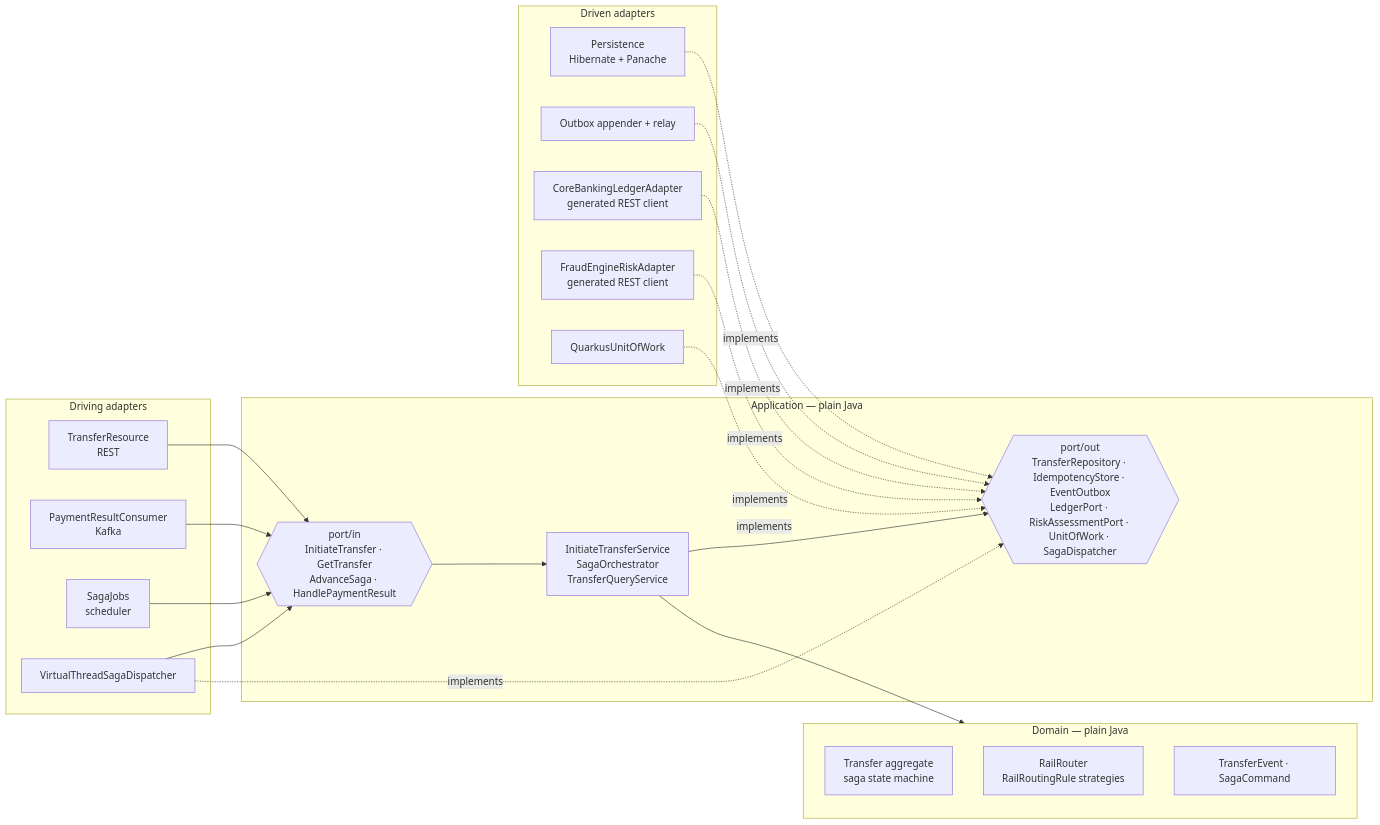
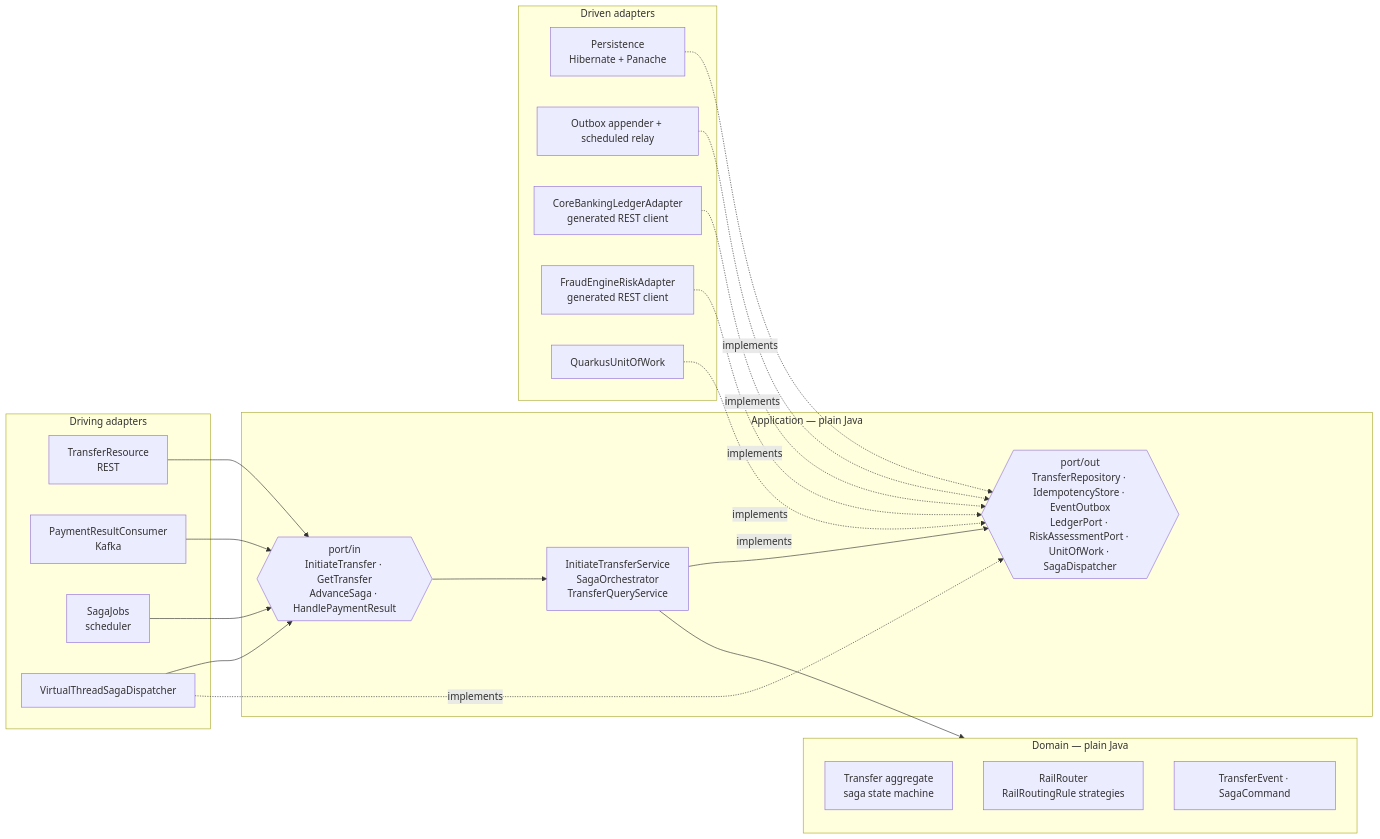
One commit to bsmm1995/transferencias-saga changed the third of 5 diagrams in docs/architecture.md. Above: the diagram before and after it, drawn with Mermaid. The commit also changed other lines of this file and 57 other files, not shown here.

````diff
--- a/docs/architecture.md
+++ b/docs/architecture.md
@@ -72,38 +72,38 @@
 ```mermaid
 flowchart LR
     subgraph in [Driving adapters]
         rest[TransferResource<br/>REST]
         consumer[PaymentResultConsumer<br/>Kafka]
         jobs[SagaJobs<br/>scheduler]
         dispatcher[VirtualThreadSagaDispatcher]
     end
     subgraph app [Application — plain Java]
         pin{{port/in<br/>InitiateTransfer · GetTransfer<br/>AdvanceSaga · HandlePaymentResult}}
         svc[InitiateTransferService<br/>SagaOrchestrator<br/>TransferQueryService]
         pout{{port/out<br/>TransferRepository · IdempotencyStore · EventOutbox<br/>LedgerPort · RiskAssessmentPort · UnitOfWork · SagaDispatcher}}
     end
     subgraph dom [Domain — plain Java]
         transfer[Transfer aggregate<br/>saga state machine]
         router[RailRouter<br/>RailRoutingRule strategies]
         events[TransferEvent · SagaCommand]
     end
     subgraph out [Driven adapters]
         jpa[Persistence<br/>Hibernate + Panache]
-        outbox[Outbox appender + relay]
+        outbox[Outbox appender + scheduled relay]
         ledger[CoreBankingLedgerAdapter<br/>generated REST client]
         risk[FraudEngineRiskAdapter<br/>generated REST client]
         uow[QuarkusUnitOfWork]
     end
     rest --> pin
     consumer --> pin
     jobs --> pin
     dispatcher --> pin
     pin --> svc --> dom
     svc --> pout
     jpa -.implements.-> pout
     outbox -.implements.-> pout
     ledger -.implements.-> pout
     risk -.implements.-> pout
     uow -.implements.-> pout
     dispatcher -.implements.-> pout
 ```
````
